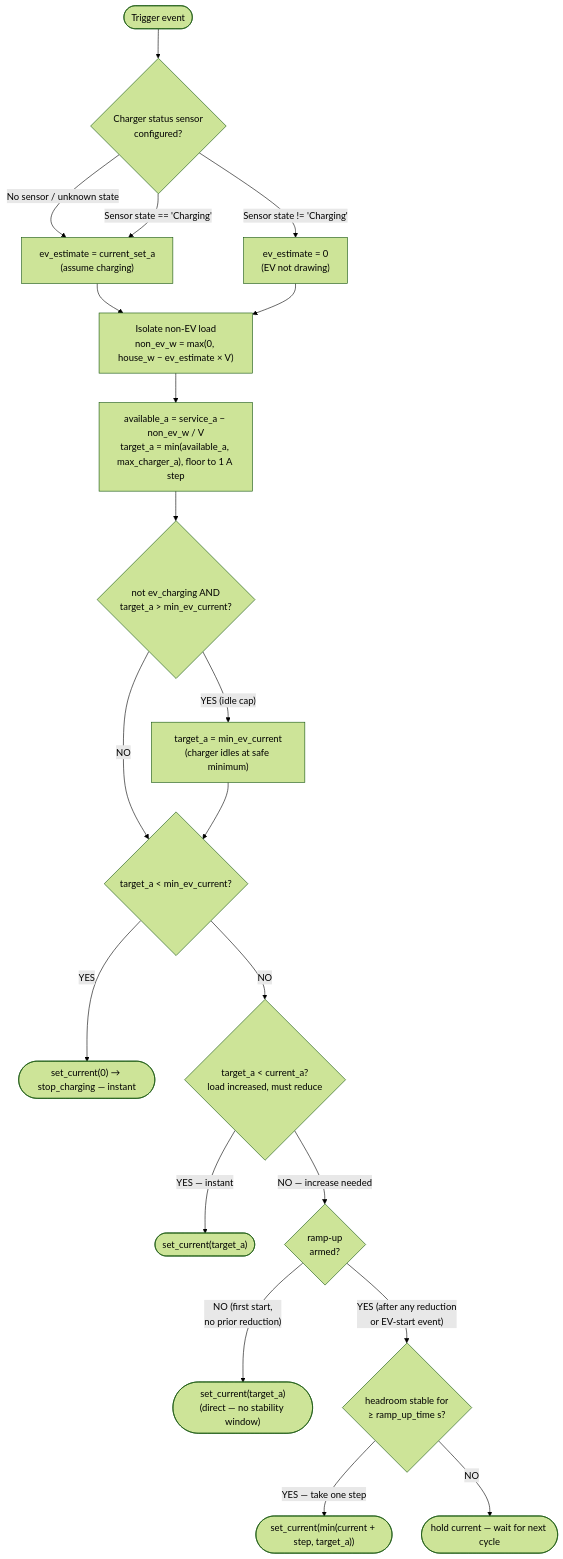
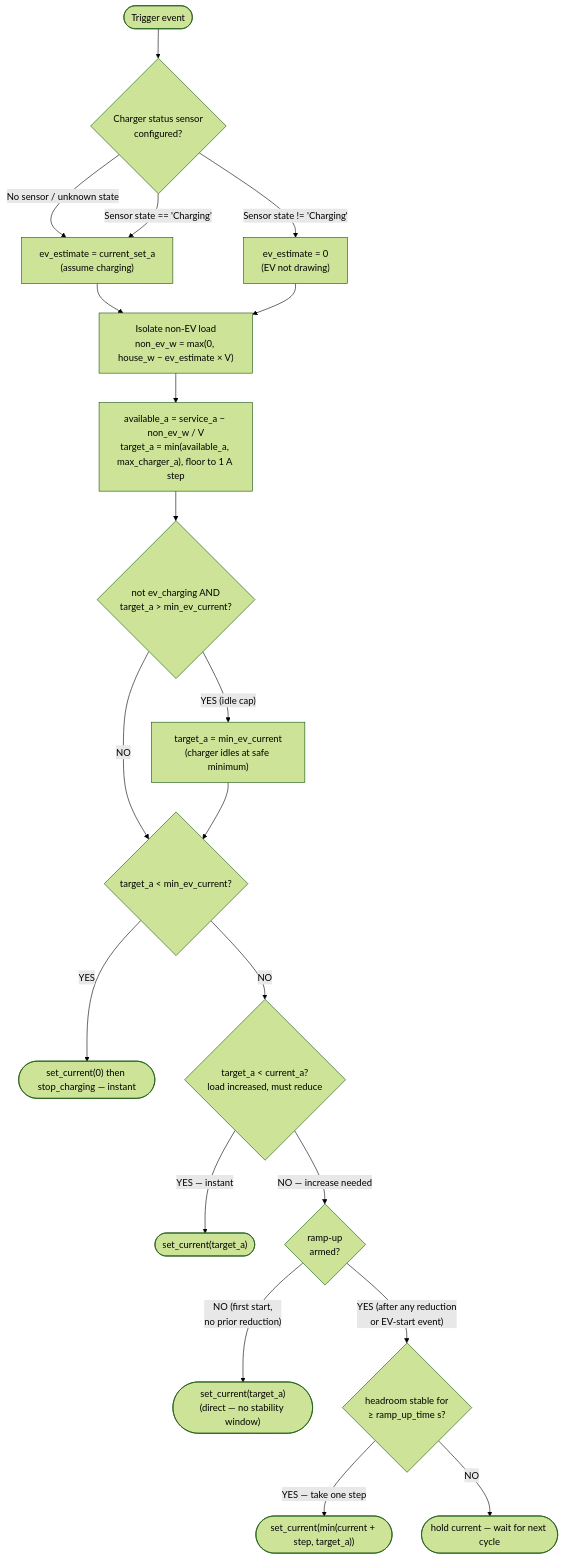
One commit to alexisml/Watt-O-Balancer changed the first of 7 diagrams in docs/documentation/03-how-it-works.md. Above: the diagram before and after it, drawn with Mermaid (forest theme).

Commit message:
fix: replace remaining arrow symbol in flowchart node for mermaid compatibility
Agent-Logs-Url: https://github.com/alexisml/Watt-O-Balancer/sessions/84129992-3b85-467e-b954-b9bf6976eb01

````diff
--- a/docs/documentation/03-how-it-works.md
+++ b/docs/documentation/03-how-it-works.md
@@ -247,23 +247,23 @@
 ```mermaid
 flowchart TD
     A([Trigger event])
     A --> Z{"Charger status sensor<br/>configured?"}
     Z -- "No sensor / unknown state" --> ZA["ev_estimate = current_set_a<br/>(assume charging)"]
     Z -- "Sensor state == 'Charging'" --> ZA
     Z -- "Sensor state != 'Charging'" --> ZB["ev_estimate = 0<br/>(EV not drawing)"]
     ZA --> B["Isolate non-EV load<br/>non_ev_w = max(0, house_w − ev_estimate × V)"]
     ZB --> B
     B --> C["available_a = service_a − non_ev_w / V<br/>target_a = min(available_a, max_charger_a), floor to 1 A step"]
     C --> CZ{"not ev_charging AND<br/>target_a > min_ev_current?"}
     CZ -- "YES (idle cap)" --> CZA["target_a = min_ev_current<br/>(charger idles at safe minimum)"]
     CZ -- "NO" --> D
     CZA --> D{"target_a < min_ev_current?"}
-    D -- YES --> E(["set_current(0) → stop_charging — instant"])
+    D -- YES --> E(["set_current(0) then stop_charging — instant"])
     D -- NO --> F{"target_a < current_a?<br/>load increased, must reduce"}
     F -- "YES — instant" --> G(["set_current(target_a)"])
     F -- "NO — increase needed" --> RA{"ramp-up<br/>armed?"}
     RA -- "NO (first start,<br/>no prior reduction)" --> K(["set_current(target_a)<br/>(direct — no stability window)"])
     RA -- "YES (after any reduction<br/>or EV-start event)" --> H{"headroom stable for<br/>≥ ramp_up_time s?"}
     H -- "YES — take one step" --> I(["set_current(min(current + step, target_a))"])
     H -- "NO" --> J(["hold current — wait for next cycle"])
 ```
````
